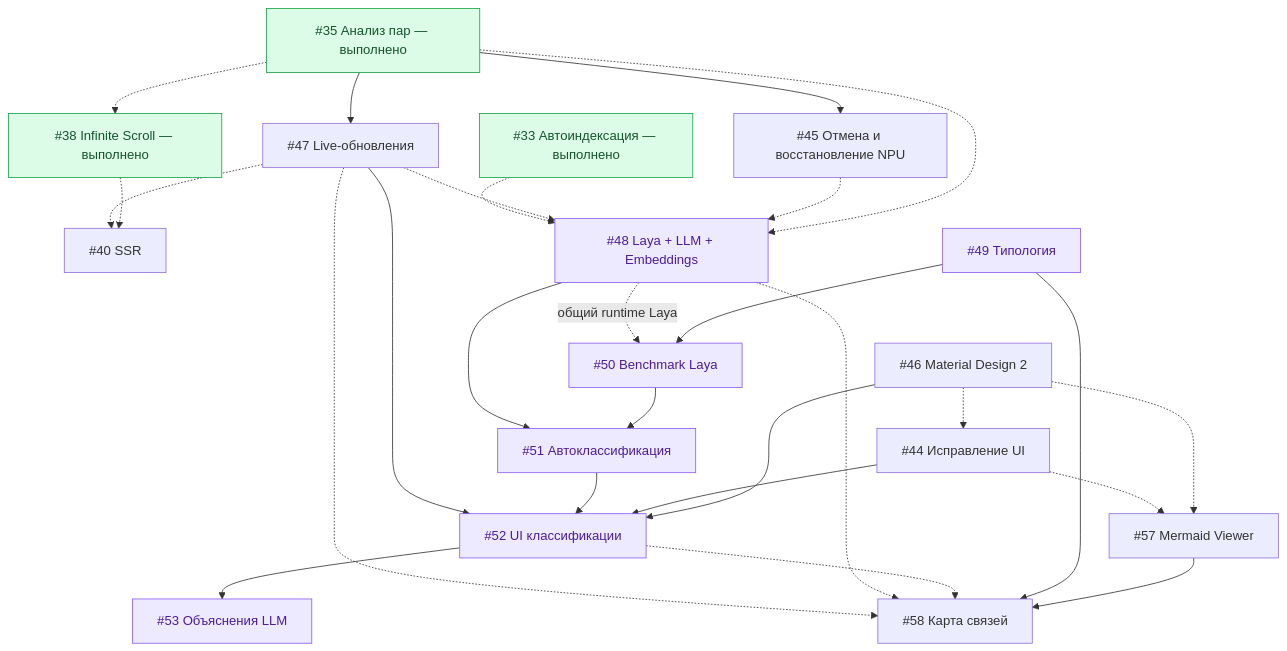
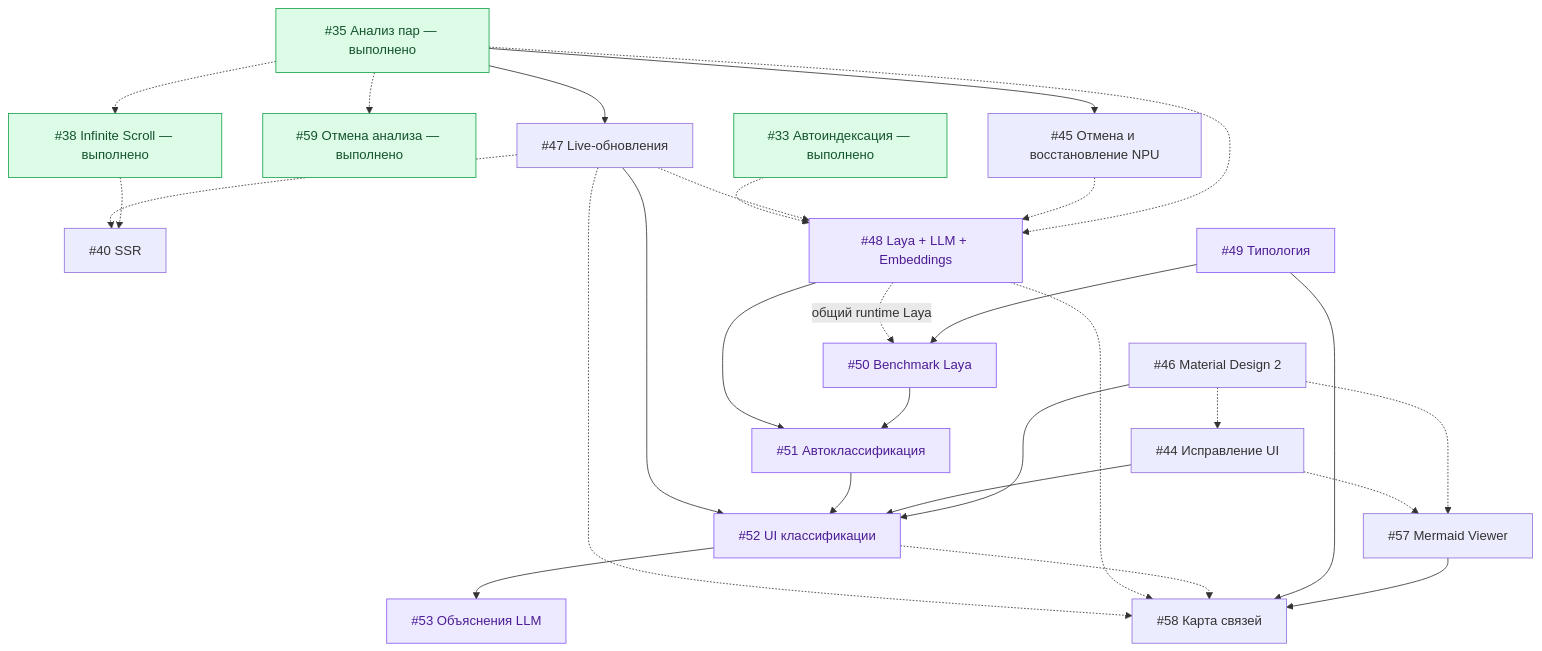
Before and after one commit to VolkovDani/project-creator: the diagram in GOAL.md, drawn with Mermaid. The commit also changed other lines of this file, not shown here.

````diff
--- a/GOAL.md
+++ b/GOAL.md
@@ -190,43 +205,44 @@
 ```mermaid
 flowchart TD
     A["#35 Анализ пар — выполнено"]
     A --> B["#45 Отмена и восстановление NPU"]
+    A -.-> S["#59 Отмена анализа — выполнено"]
     A --> D["#47 Live-обновления"]
     A -.-> G["#38 Infinite Scroll — выполнено"]
 
     G -.-> H["#40 SSR"]
     D -.-> H
 
     F["#33 Автоиндексация — выполнено"]
 
     A -.-> I["#48 Laya + LLM + Embeddings"]
     B -.-> I
     D -.-> I
     F -.-> I
 
     J["#49 Типология"] --> K["#50 Benchmark Laya"]
     I -.->|"общий runtime Laya"| K
     K --> L["#51 Автоклассификация"]
     I --> L
 
     M["#46 Material Design 2"] -.-> N["#44 Исправление UI"]
     M --> O["#52 UI классификации"]
     N --> O
     L --> O
     D --> O
 
     O --> P["#53 Объяснения LLM"]
 
     Q["#57 Mermaid Viewer"] --> R["#58 Карта связей"]
     J --> R
     O -.-> R
     I -.-> R
     D -.-> R
     M -.-> Q
     N -.-> Q
 
     classDef main fill:#dcfce7,stroke:#16a34a,color:#14532d
     classDef ai fill:#ede9fe,stroke:#8b5cf6,color:#4c1d95
-    class A,G,F main
+    class A,G,F,S main
     class I,J,K,L,O,P ai
 ```
````
